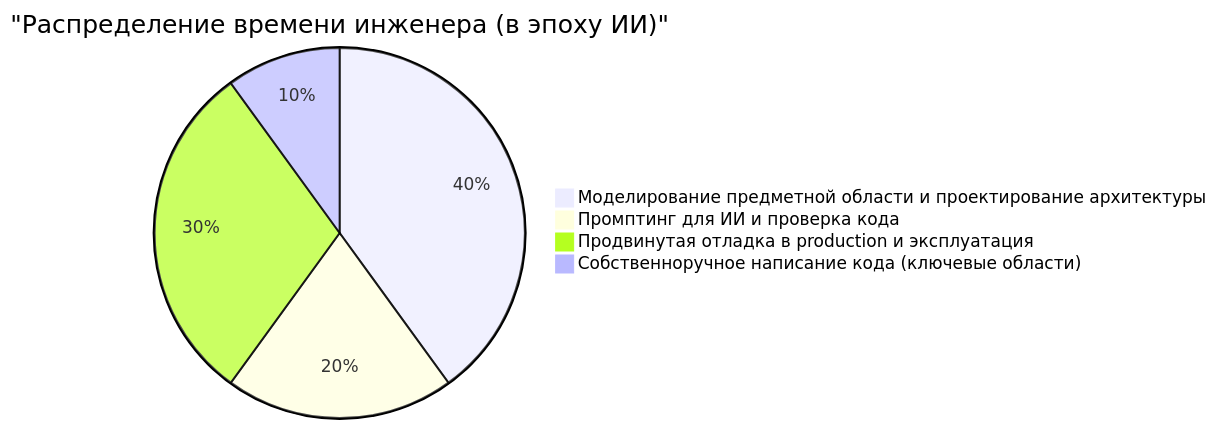
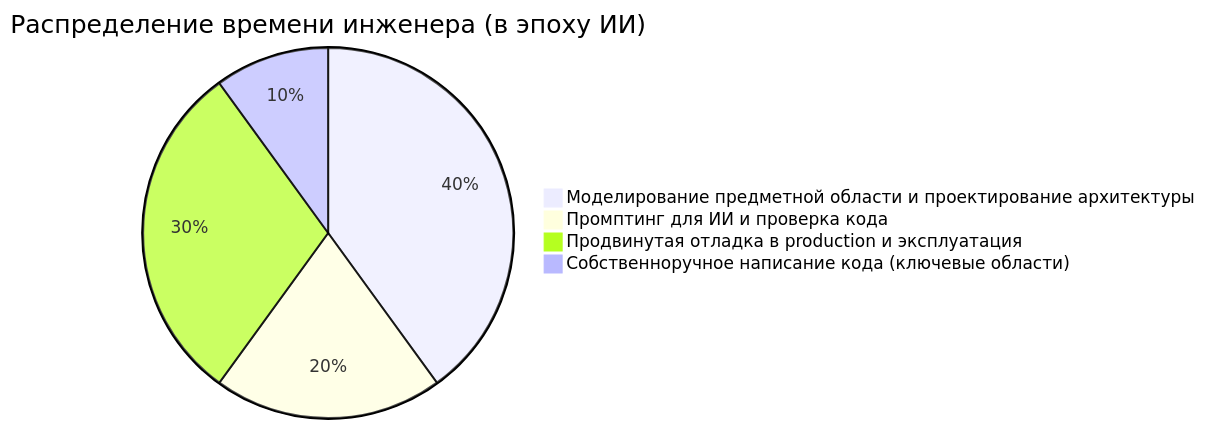
Before and after one commit to kenjinote/blog: the fourth of 4 diagrams in content/post/human_engineer_skills/index.ru.md, drawn with Mermaid. The commit also changed other lines of this file and 703 other files, not shown here.

Commit message:
Fix: Remove quotes from Mermaid link texts and timeline definitions to support Mermaid 11.4.1

````diff
--- a/content/post/human_engineer_skills/index.ru.md
+++ b/content/post/human_engineer_skills/index.ru.md
@@ -190,7 +190,7 @@
 ```mermaid
-pie title "Распределение времени инженера (в эпоху ИИ)"
+pie title Распределение времени инженера (в эпоху ИИ)
   "Моделирование предметной области и проектирование архитектуры": 40
   "Промптинг для ИИ и проверка кода": 20
   "Продвинутая отладка в production и эксплуатация": 30
   "Собственноручное написание кода (ключевые области)": 10
 ```
````
